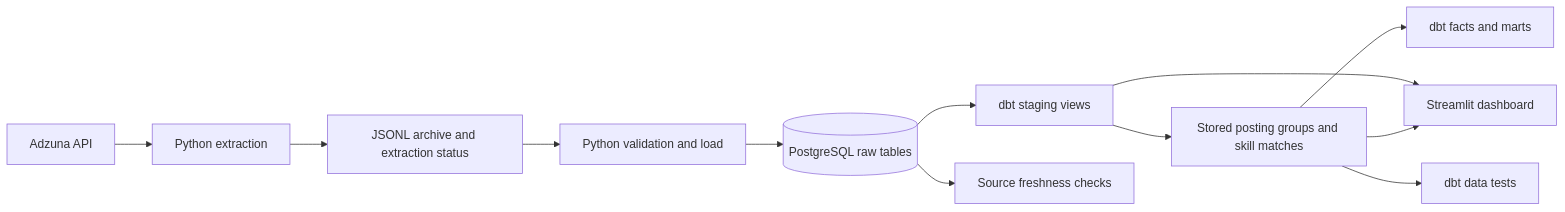
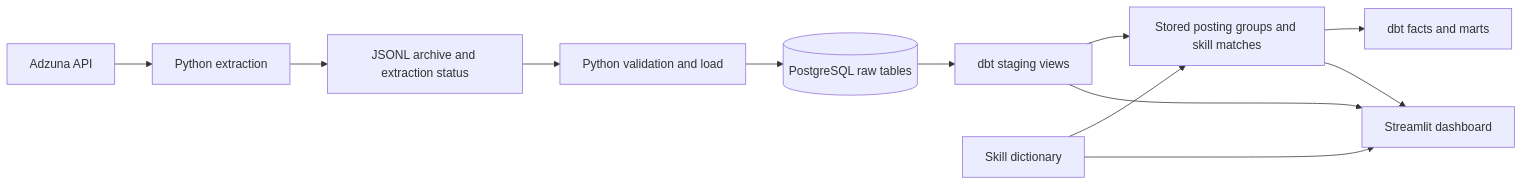
The diagram in README.md (oonursoylu/job-market-data-pipeline), drawn with Mermaid before and after one commit. The commit also changed other lines of this file, not shown here.

````diff
--- a/README.md
+++ b/README.md
@@ -26,14 +34,14 @@
 ```mermaid
 flowchart LR
     A[Adzuna API] --> B[Python extraction]
     B --> C[JSONL archive and extraction status]
     C --> D[Python validation and load]
     D --> E[(PostgreSQL raw tables)]
     E --> F[dbt staging views]
     F --> G[Stored posting groups and skill matches]
     G --> H[dbt facts and marts]
     F --> I[Streamlit dashboard]
     G --> I
-    E --> J[Source freshness checks]
-    G --> K[dbt data tests]
+    S[Skill dictionary] --> G
+    S --> I
 ```
````
